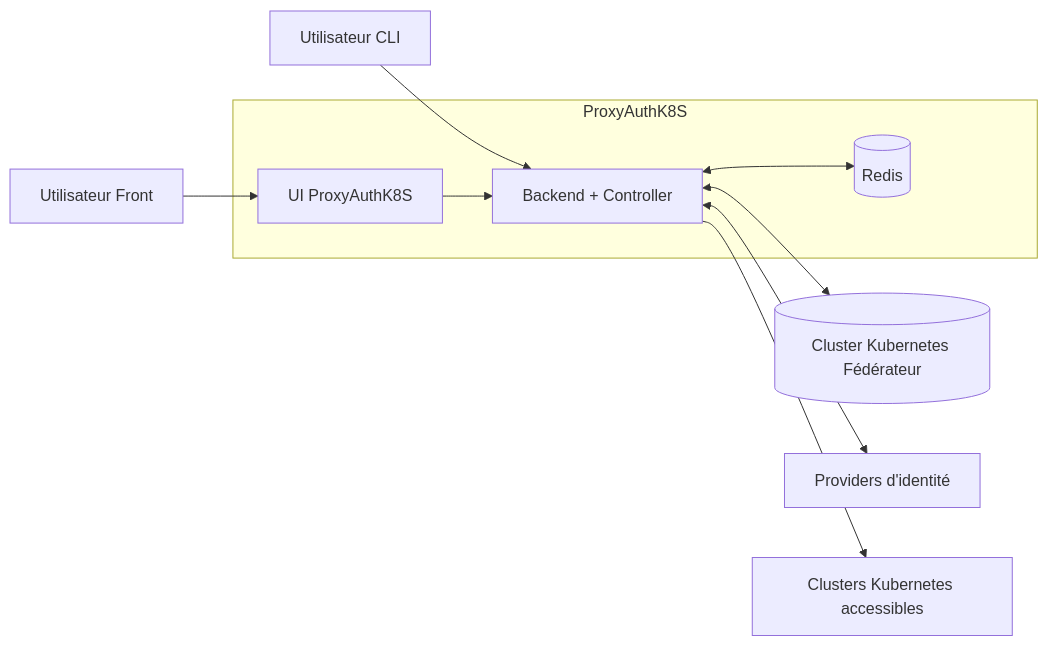
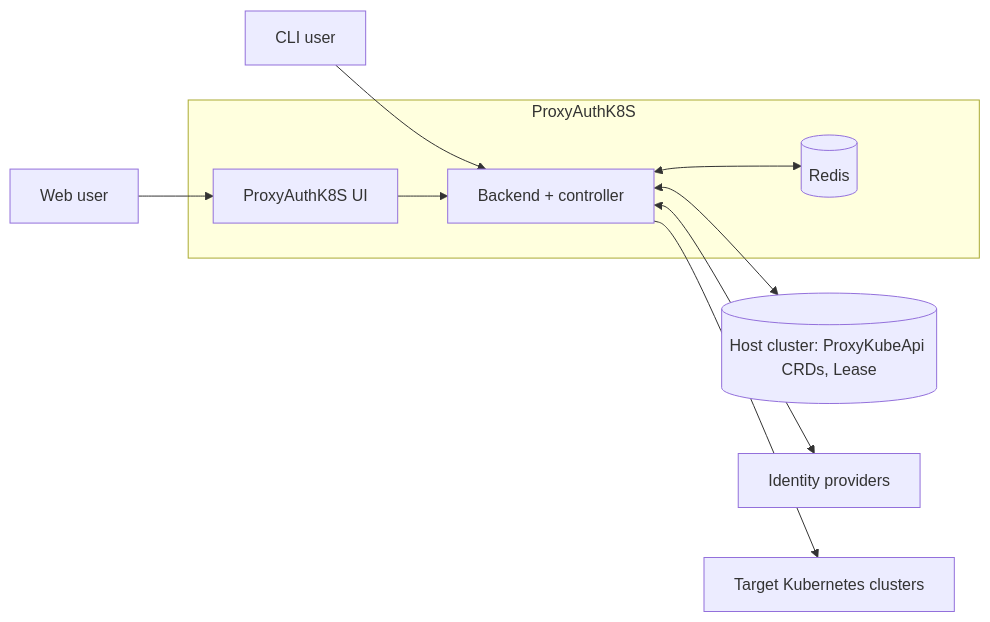
Before and after one commit to batleforc/ProxyAuthK8S: the diagram in README.md, drawn with Mermaid. The commit also changed other lines of this file and 6 other files, not shown here.

````diff
--- a/README.md
+++ b/README.md
@@ -17,17 +54,17 @@
 ```mermaid
 flowchart LR
-  UF[Utilisateur Front] --> UI
-  UC[Utilisateur CLI] --> BE
+  UF[Web user] --> UI
+  UC[CLI user] --> BE
 
   subgraph PX[ProxyAuthK8S]
-    UI[UI ProxyAuthK8S]
-    BE[Backend + Controller]
+    UI[ProxyAuthK8S UI]
+    BE[Backend + controller]
     R[(Redis)]
   end
 
   UI --> BE
   BE <--> R
-  BE <--> KC[(Cluster Kubernetes Fédérateur)]
-  BE <--> IDP[Providers d'identité]
-  BE --> KX[Clusters Kubernetes accessibles]
+  BE <--> KC[(Host cluster: ProxyKubeApi CRDs, Lease)]
+  BE <--> IDP[Identity providers]
+  BE --> KX[Target Kubernetes clusters]
 ```
````
